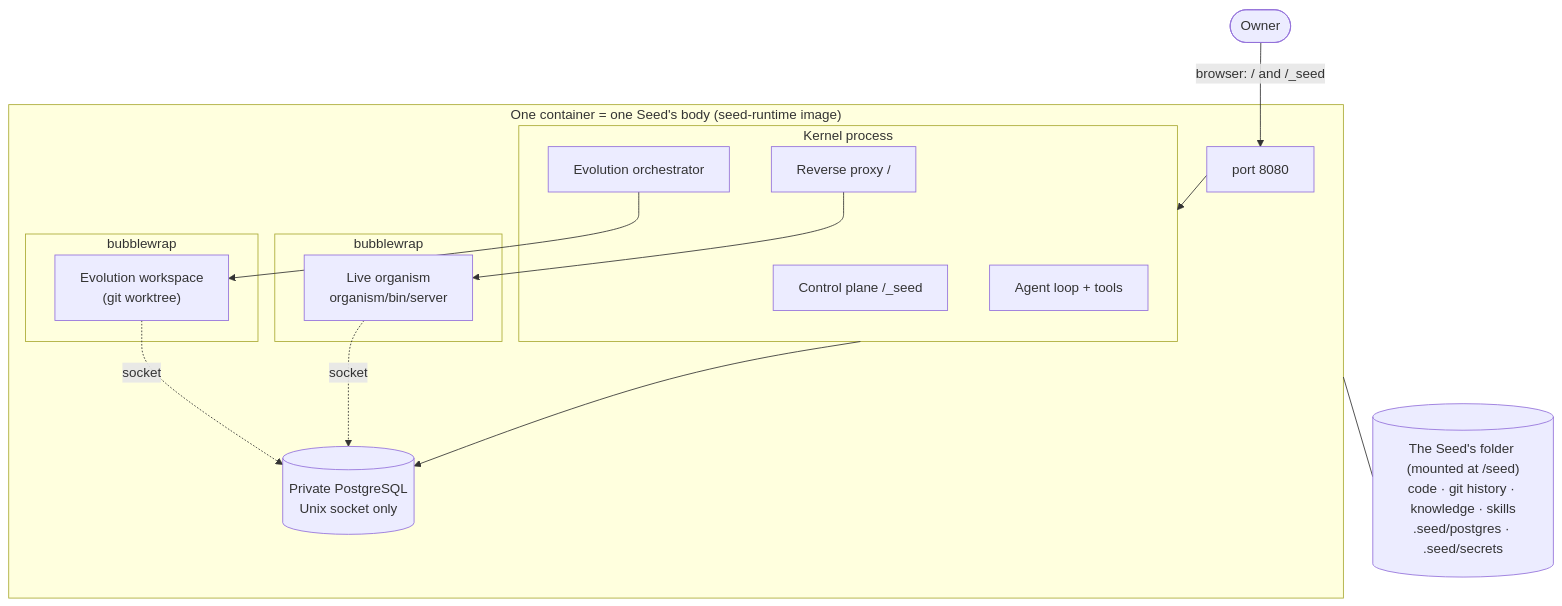
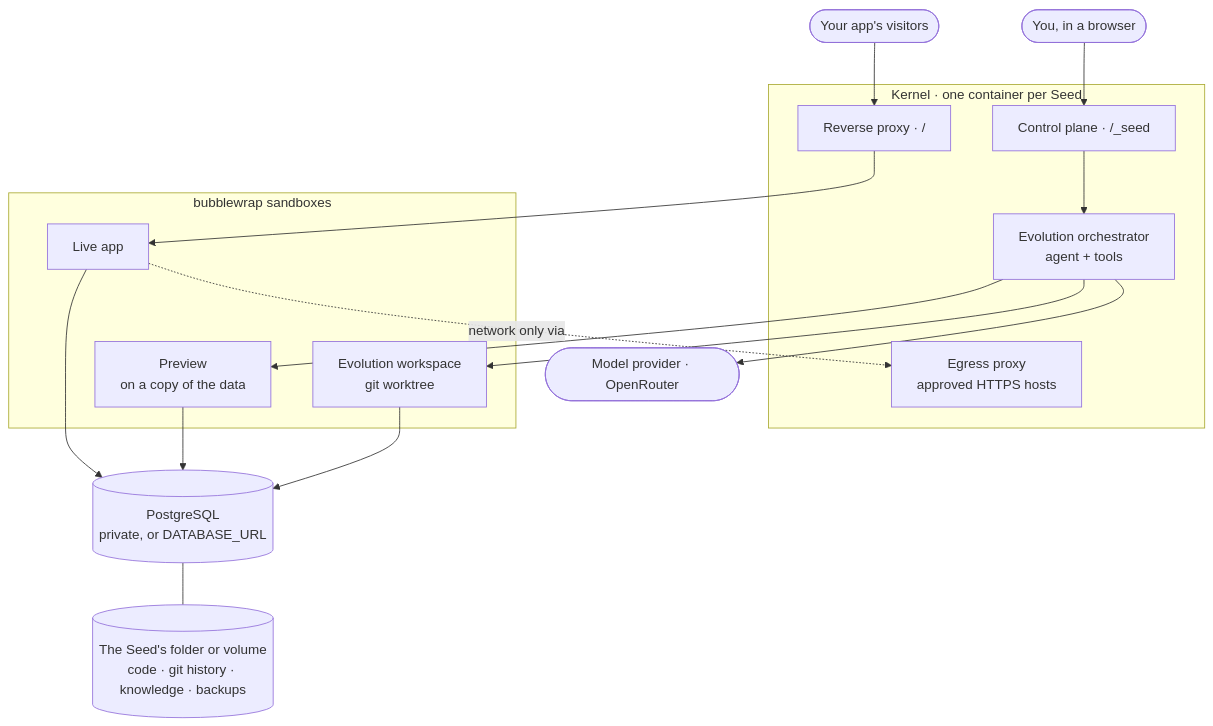
Before and after one commit to paezao/seed: the diagram in docs/architecture.md, drawn with Mermaid. The commit also changed 4 other files, not shown here.

First line of the commit message:
Docs diagrams in the site's colours; images only from published releases

````diff
--- a/docs/architecture.md
+++ b/docs/architecture.md
@@ -14,29 +14,35 @@
 ```mermaid
 flowchart TB
-    owner([Owner]) -- "browser: / and /_seed" --> port
+    owner(["You, in a browser"])
+    visitors(["Your app's visitors"])
 
-    subgraph container["One container = one Seed's body (seed-runtime image)"]
-        port["port 8080"] --> kernel
-        subgraph kernel["Kernel process"]
-            cp["Control plane /_seed"]
-            orch["Evolution orchestrator"]
-            agent["Agent loop + tools"]
-            proxy["Reverse proxy /"]
-        end
-        pg[("Private PostgreSQL<br/>Unix socket only")]
-        subgraph bw1["bubblewrap"]
-            evo["Evolution workspace<br/>(git worktree)"]
-        end
-        subgraph bw2["bubblewrap"]
-            live["Live organism<br/>organism/bin/server"]
-        end
-        kernel --> pg
-        orch --> evo
-        proxy --> live
-        evo -. socket .-> pg
-        live -. socket .-> pg
+    subgraph kernel["Kernel · one container per Seed"]
+        cp["Control plane · /_seed"]
+        proxy["Reverse proxy · /"]
+        orch["Evolution orchestrator<br/>agent + tools"]
+        egress["Egress proxy<br/>approved HTTPS hosts"]
     end
 
-    folder[("The Seed's folder (mounted at /seed)<br/>code · git history · knowledge · skills<br/>.seed/postgres · .seed/secrets")]
-    container --- folder
+    subgraph sandboxes["bubblewrap sandboxes"]
+        live["Live app"]
+        preview["Preview<br/>on a copy of the data"]
+        evo["Evolution workspace<br/>git worktree"]
+    end
+
+    model(["Model provider · OpenRouter"])
+    pg[("PostgreSQL<br/>private, or DATABASE_URL")]
+    folder[("The Seed's folder or volume<br/>code · git history · knowledge · backups")]
+
+    owner --> cp
+    visitors --> proxy
+    cp --> orch
+    proxy --> live
+    orch --> preview
+    orch --> evo
+    orch --> model
+    live -. "network only via" .-> egress
+    live --> pg
+    preview --> pg
+    evo --> pg
+    pg --- folder
 ```
````
